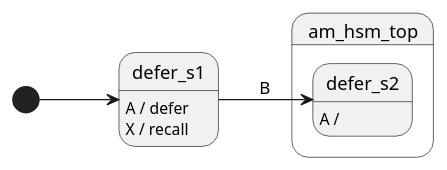
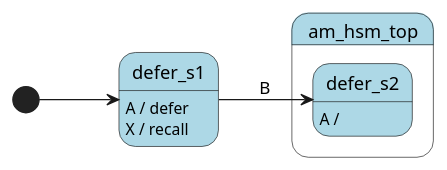
The fourth of 6 diagrams in libs/hsm/README.rst (adel-mamin/amast), drawn with PlantUML before and after one commit. The commit also changed other lines of this file and 3 other files, not shown here.

```diff
--- a/libs/hsm/README.rst
+++ b/libs/hsm/README.rst
@@ -591,20 +599,20 @@
 .. uml::
 
    @startuml
 
    left to right direction
 
    [*] --> defer_s1
 
-   state am_hsm_top {
-       state defer_s1
-       state defer_s2
+   state am_hsm_top #LightBlue {
+       state defer_s1 #LightBlue
+       state defer_s2 #LightBlue
    }
 
    defer_s1 : A / defer
    defer_s1 : X / recall
    defer_s1 --> defer_s2 : B
 
    defer_s2 : A /
 
    @enduml
```
